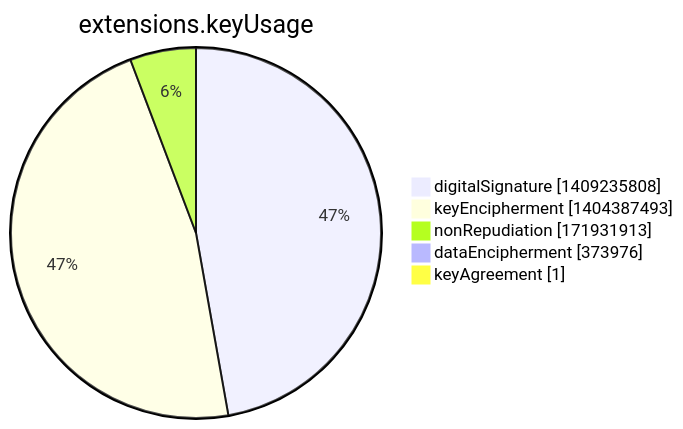
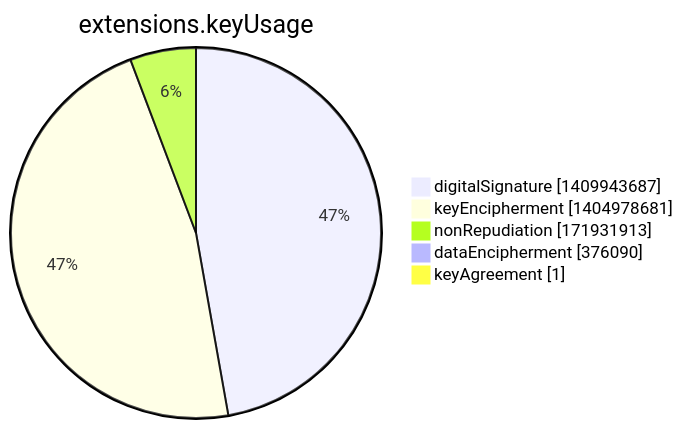
Before and after one commit to christiankrug/ctmonitor_visualization: the seventh of 15 diagrams in argon2022/README.md, drawn with Mermaid. The commit also changed other lines of this file, not shown here.

````diff
--- a/argon2022/README.md
+++ b/argon2022/README.md
@@ -2751,9 +2751,9 @@
 ```mermaid
 pie showData
 title extensions.keyUsage
-"digitalSignature" :1409235808
-"keyEncipherment" :1404387493
+"digitalSignature" :1409943687
+"keyEncipherment" :1404978681
 "nonRepudiation" :171931913
-"dataEncipherment" :373976
+"dataEncipherment" :376090
 "keyAgreement" :1
 ```
````
